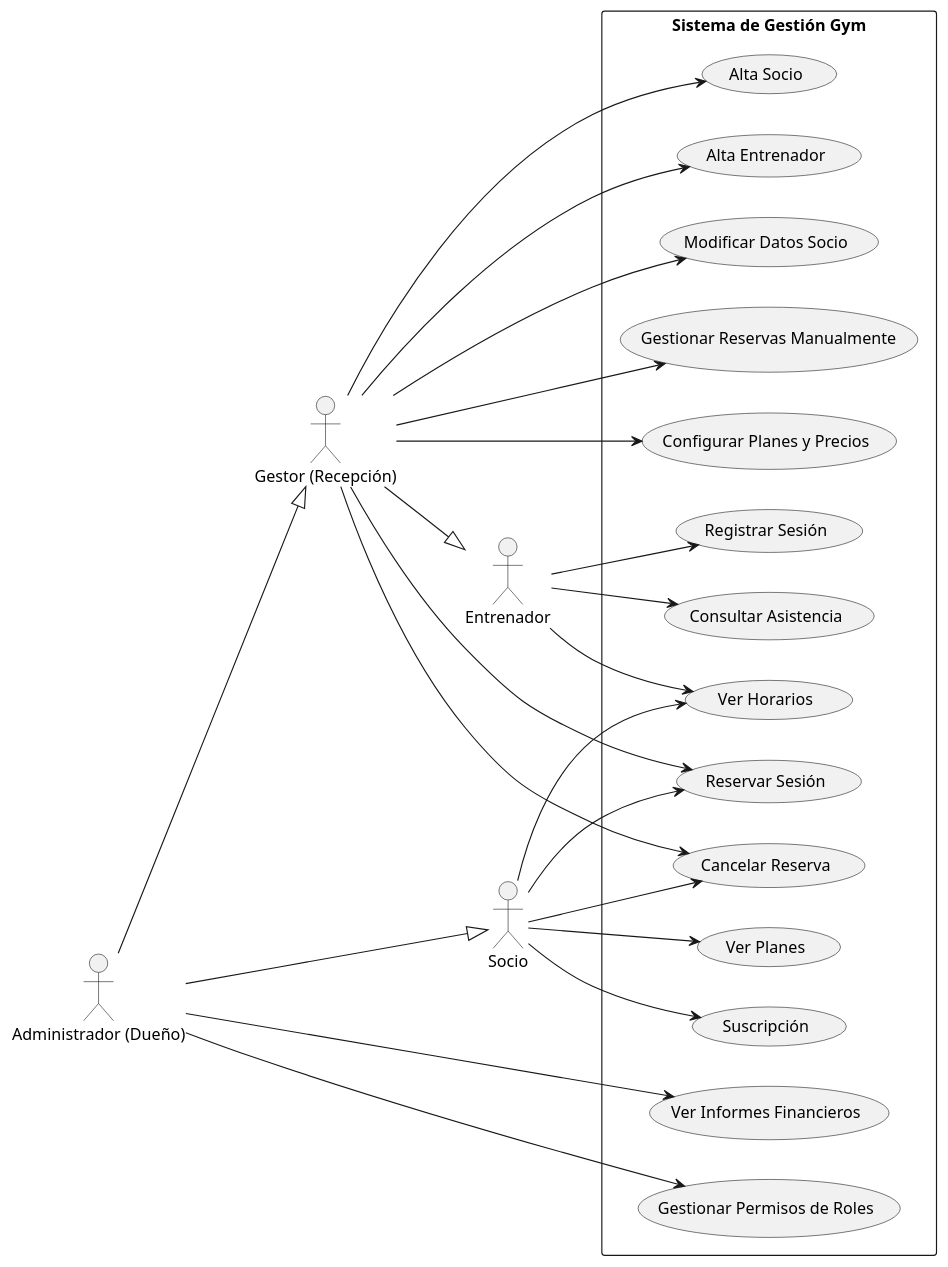
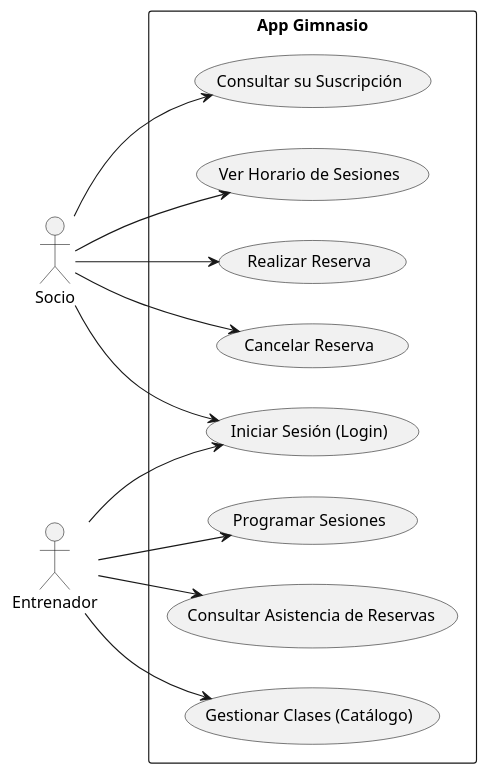
The diagram in docs/diagramasUML/DiagramasCasoUso/Casos_De_Uso.puml (FerminGarridoMartinDAM/ProyectoInterModular1DAMAppGimnasio), drawn with PlantUML before and after one commit. The commit also changed 30 other files, not shown here.

Commit message:
docs(uml): rediseñar diagramas de clases, secuencias y actividades adaptados al nuevo modelo

```diff
--- a/docs/diagramasUML/DiagramasCasoUso/Casos_De_Uso.puml
+++ b/docs/diagramasUML/DiagramasCasoUso/Casos_De_Uso.puml
@@ -1,69 +1,42 @@
 @startuml
 left to right direction
 
-' 1. Definición de los actores
-actor "Administrador (Dueño)" as admin
-actor "Gestor (Recepción)" as gestor
-actor "Socio" as socio
-actor "Entrenador" as entrenador
+' --- ACTORES ---
+actor "Socio" as Socio
+actor "Entrenador" as Entrenador
 
-' Jerarquía de herencia: El Admin hereda de Gestor y Socio (Modo Dios).
-' El Gestor hereda de Entrenador.
-admin --|> gestor
-admin --|> socio
-gestor --|> entrenador
+' --- SISTEMA (Frontera) ---
+rectangle "App Gimnasio" {
+  
+  ' Funciones Comunes (Heredadas de Usuario)
+  usecase "Iniciar Sesión (Login)" as Login
 
-rectangle "Sistema de Gestión Gym" {
-  
-  ' Funciones de Cliente
-  usecase "Ver Planes" as UC1
-  usecase "Suscripción" as UC2
-  usecase "Ver Horarios" as UC3 
-  usecase "Reservar Sesión" as UC4
-  usecase "Cancelar Reserva" as UC5
-  
-  ' Funciones de Operaciones (Entrenador)
-  usecase "Consultar Asistencia" as UC6
-  usecase "Registrar Sesión" as UC7
-  
-  ' Funciones de Administración (Gestor)
-  usecase "Alta Socio" as UC8
-  usecase "Alta Entrenador" as UC9
-  usecase "Modificar Datos Socio" as UC10
-  usecase "Gestionar Reservas Manualmente" as UC11
-  usecase "Configurar Planes y Precios" as UC12
-  
-  ' Funciones de Negocio (Admin)
-  usecase "Ver Informes Financieros" as UC13
-  usecase "Gestionar Permisos de Roles" as UC14
+  ' Funciones del Socio
+  usecase "Consultar su Suscripción" as VerSuscripcion
+  usecase "Ver Horario de Sesiones" as VerHorario
+  usecase "Realizar Reserva" as Reservar
+  usecase "Cancelar Reserva" as Cancelar
+
+  ' Funciones del Entrenador (Modo Gestión)
+  usecase "Gestionar Clases (Catálogo)" as GestClases
+  usecase "Programar Sesiones" as ProgSesiones
+  usecase "Consultar Asistencia de Reservas" as VerAsistencia
 }
 
-' Relaciones del Socio
-socio --> UC1
-socio --> UC2
-socio --> UC3
-socio --> UC4
-socio --> UC5
+' --- CONEXIONES ---
+' Ambos actores necesitan hacer login
+Socio --> Login
+Entrenador --> Login
 
-' Relaciones del Entrenador
-entrenador --> UC3
-entrenador --> UC6
-entrenador --> UC7
+' Acciones específicas del Socio
+Socio --> VerSuscripcion
+Socio --> VerHorario
+Socio --> Reservar
+Socio --> Cancelar
 
-' Relaciones específicas del Gestor 
-' Hereda UC3, UC6, UC7 automáticamente. 
-' Se vincula a UC4/UC5 para ayudar al socio y al resto para su gestión diaria.
-gestor --> UC4
-gestor --> UC5
-gestor --> UC8
-gestor --> UC9
-gestor --> UC10
-gestor --> UC11
-gestor --> UC12
-
-' Relaciones del Administrador
-' Hereda todo lo anterior de Gestor y Socio. Solo añadimos sus funciones exclusivas.
-admin --> UC13
-admin --> UC14
+' Acciones específicas del Entrenador
+Entrenador --> GestClases
+Entrenador --> ProgSesiones
+Entrenador --> VerAsistencia
 
 @enduml
```
